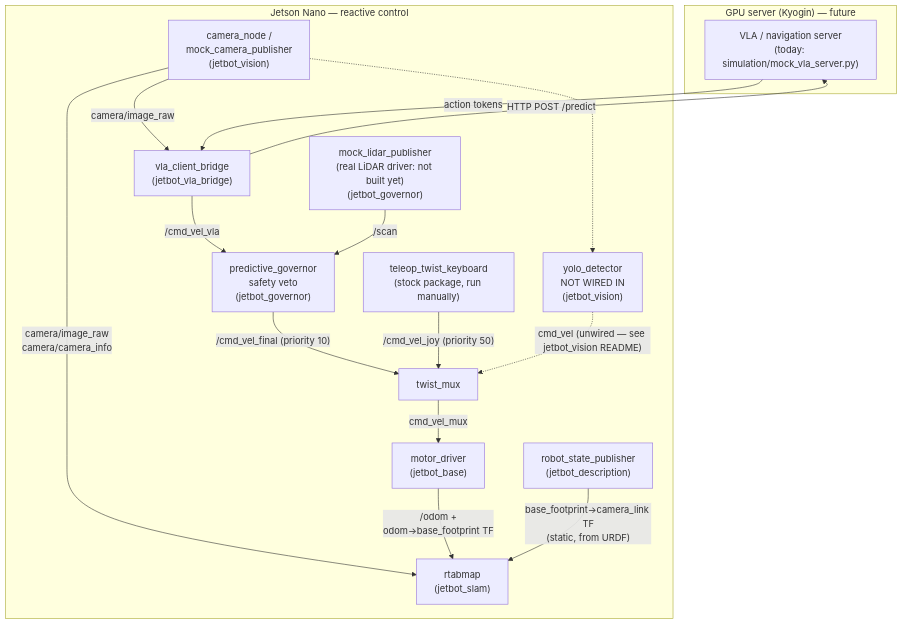
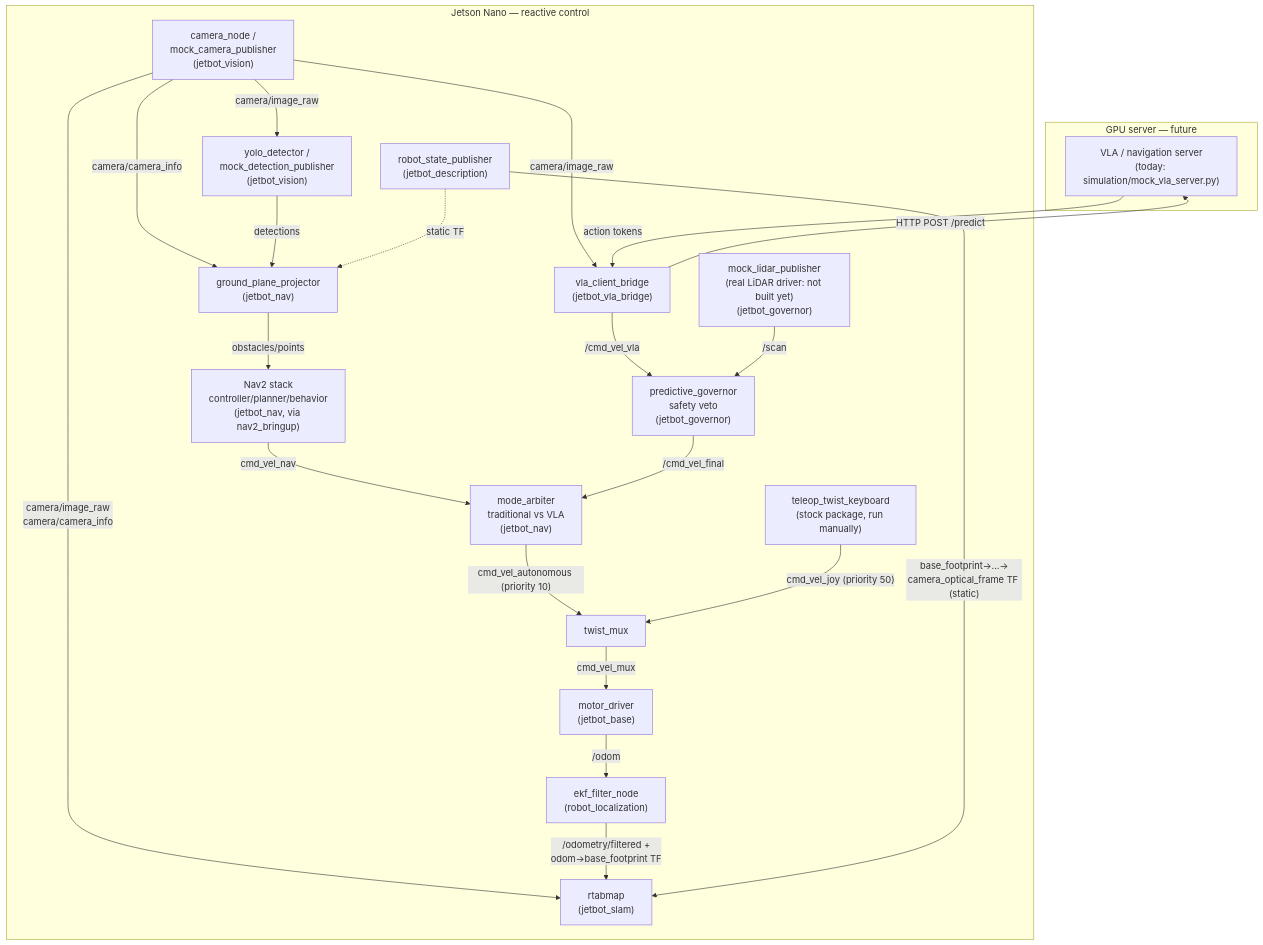
One commit to DeveshwarH1996/jetbot_VLA_ROS_Humble changed the diagram in README.md. Above: the diagram before and after it, drawn with Mermaid. The commit also changed other lines of this file and 28 other files, not shown here.

First line of the commit message:
Add traditional Nav2 pipeline, mode arbitration, and odometry fusion

````diff
--- a/README.md
+++ b/README.md
@@ -9,33 +9,43 @@
 ```mermaid
 flowchart TB
-    subgraph SERVER["GPU server (Kyogin) — future"]
-        VLA["VLA / navigation server<br/>(today: simulation/mock_vla_server.py)"]
+    subgraph SERVER["GPU server — future"]
+        VLASRV["VLA / navigation server<br/>(today: simulation/mock_vla_server.py)"]
     end
 
     subgraph JETSON["Jetson Nano — reactive control"]
         CAM["camera_node /<br/>mock_camera_publisher<br/>(jetbot_vision)"]
+        YOLO["yolo_detector /<br/>mock_detection_publisher<br/>(jetbot_vision)"]
+        PROJ["ground_plane_projector<br/>(jetbot_nav)"]
+        NAV2["Nav2 stack<br/>controller/planner/behavior<br/>(jetbot_nav, via nav2_bringup)"]
         LIDAR["mock_lidar_publisher<br/>(real LiDAR driver: not built yet)<br/>(jetbot_governor)"]
         BRIDGE["vla_client_bridge<br/>(jetbot_vla_bridge)"]
         GOV["predictive_governor<br/>safety veto<br/>(jetbot_governor)"]
+        ARB["mode_arbiter<br/>traditional vs VLA<br/>(jetbot_nav)"]
         MUX["twist_mux"]
         MOTOR["motor_driver<br/>(jetbot_base)"]
+        EKF["ekf_filter_node<br/>(robot_localization)"]
         RSP["robot_state_publisher<br/>(jetbot_description)"]
         SLAM["rtabmap<br/>(jetbot_slam)"]
         JOY["teleop_twist_keyboard<br/>(stock package, run manually)"]
-        YOLO["yolo_detector<br/>NOT WIRED IN<br/>(jetbot_vision)"]
     end
 
     CAM -->|"camera/image_raw"| BRIDGE
     CAM -->|"camera/image_raw<br/>camera/camera_info"| SLAM
-    BRIDGE -->|"HTTP POST /predict"| VLA
-    VLA -->|"action tokens"| BRIDGE
+    CAM -->|"camera/image_raw"| YOLO
+    CAM -->|"camera/camera_info"| PROJ
+    YOLO -->|"detections"| PROJ
+    PROJ -->|"obstacles/points"| NAV2
+    NAV2 -->|"cmd_vel_nav"| ARB
+    BRIDGE -->|"HTTP POST /predict"| VLASRV
+    VLASRV -->|"action tokens"| BRIDGE
     BRIDGE -->|"/cmd_vel_vla"| GOV
     LIDAR -->|"/scan"| GOV
-    GOV -->|"/cmd_vel_final (priority 10)"| MUX
-    JOY -->|"/cmd_vel_joy (priority 50)"| MUX
+    GOV -->|"/cmd_vel_final"| ARB
+    ARB -->|"cmd_vel_autonomous (priority 10)"| MUX
+    JOY -->|"cmd_vel_joy (priority 50)"| MUX
     MUX -->|"cmd_vel_mux"| MOTOR
-    MOTOR -->|"/odom +<br/>odom→base_footprint TF"| SLAM
-    RSP -->|"base_footprint→camera_link TF<br/>(static, from URDF)"| SLAM
-    CAM -.-> YOLO
-    YOLO -.->|"cmd_vel (unwired — see jetbot_vision README)"| MUX
+    MOTOR -->|"/odom"| EKF
+    EKF -->|"/odometry/filtered +<br/>odom→base_footprint TF"| SLAM
+    RSP -->|"base_footprint→...→<br/>camera_optical_frame TF (static)"| SLAM
+    RSP -.->|"static TF"| PROJ
 ```
````
